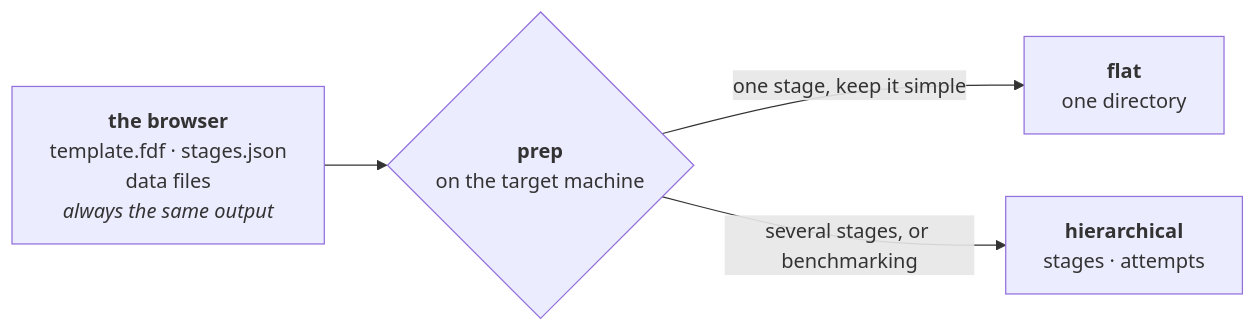
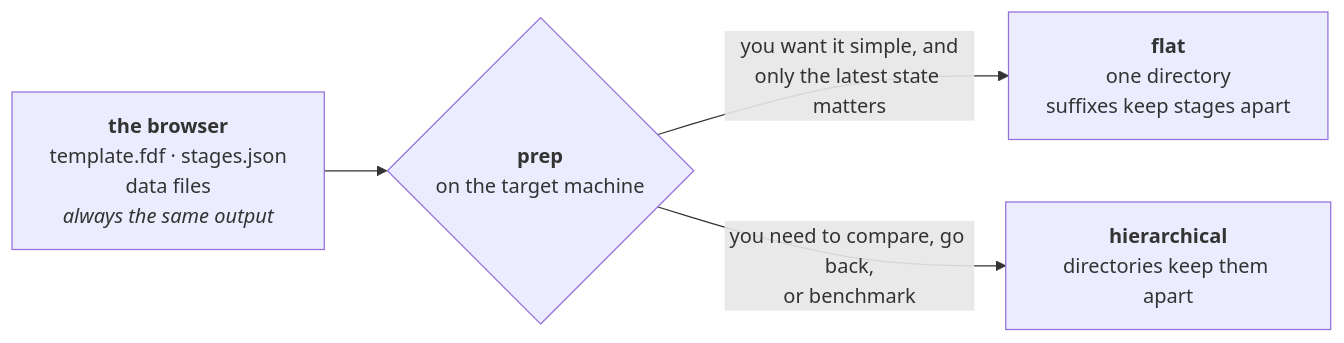
The first of 6 diagrams in docs/execution/project-layout.md (Qing-LAB/molbuilder), drawn with Mermaid before and after one commit. The commit also changed other lines of this file and 4 other files, not shown here.

First line of the commit message:
docs: flat already does stages -- I had it wrong

````diff
--- a/docs/execution/project-layout.md
+++ b/docs/execution/project-layout.md
@@ -51,10 +59,10 @@
 ```mermaid
 flowchart LR
     UI["<b>the browser</b><br/>template.fdf · stages.json<br/>data files<br/><i>always the same output</i>"]
     P{"<b>prep</b><br/>on the target machine"}
-    F["<b>flat</b><br/>one directory"]
-    H["<b>hierarchical</b><br/>stages · attempts"]
+    F["<b>flat</b><br/>one directory<br/>suffixes keep stages apart"]
+    H["<b>hierarchical</b><br/>directories keep them apart"]
     UI --> P
-    P -->|"one stage, keep it simple"| F
-    P -->|"several stages, or benchmarking"| H
+    P -->|"you want it simple, and<br/>only the latest state matters"| F
+    P -->|"you need to compare, go back,<br/>or benchmark"| H
 ```
````
